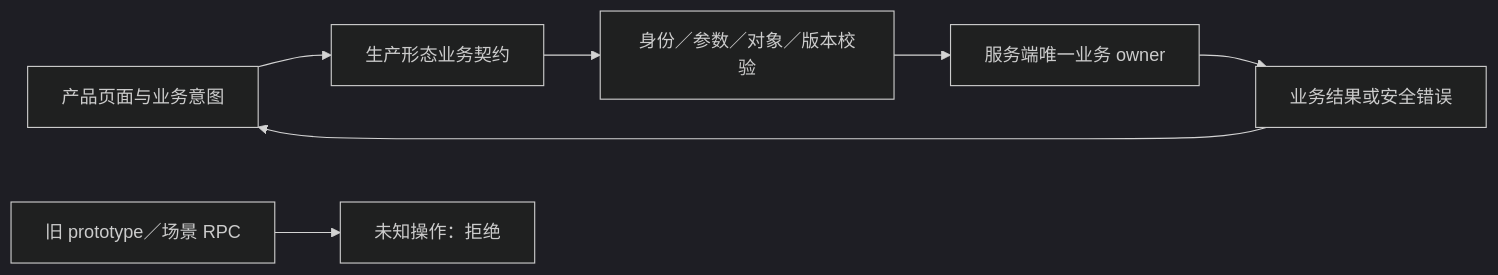
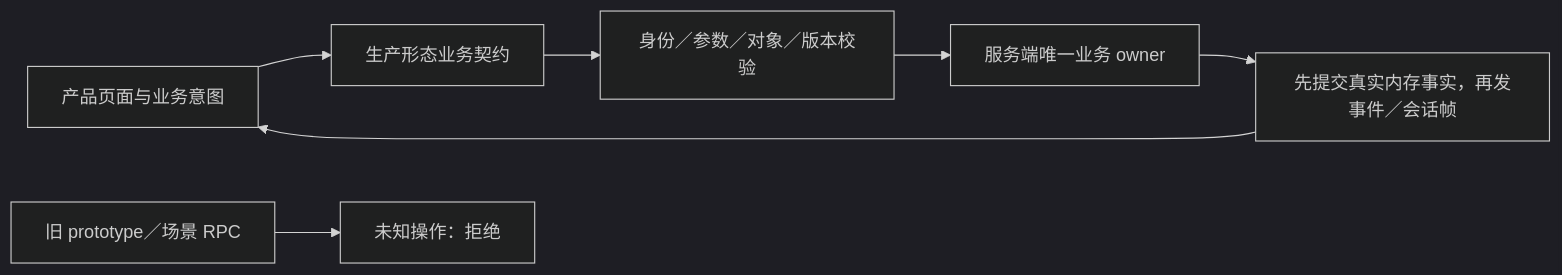
Before and after one commit to jchanghong023/ZCode: the diagram in docs/specs/aireq-migration/release-surface.md, drawn with Mermaid (dark theme). The commit also changed other lines of this file and 53 other files, not shown here.

````diff
--- a/docs/specs/aireq-migration/release-surface.md
+++ b/docs/specs/aireq-migration/release-surface.md
@@ -21,9 +36,9 @@
 ```mermaid
 flowchart LR
   U[产品页面与业务意图] --> C[生产形态业务契约]
   C --> V[身份／参数／对象／版本校验]
   V --> S[服务端唯一业务 owner]
-  S --> R[业务结果或安全错误]
+  S --> R[先提交真实内存事实，再发事件／会话帧]
   R --> U
   D[旧 prototype／场景 RPC] --> X[未知操作：拒绝]
 ```
````
